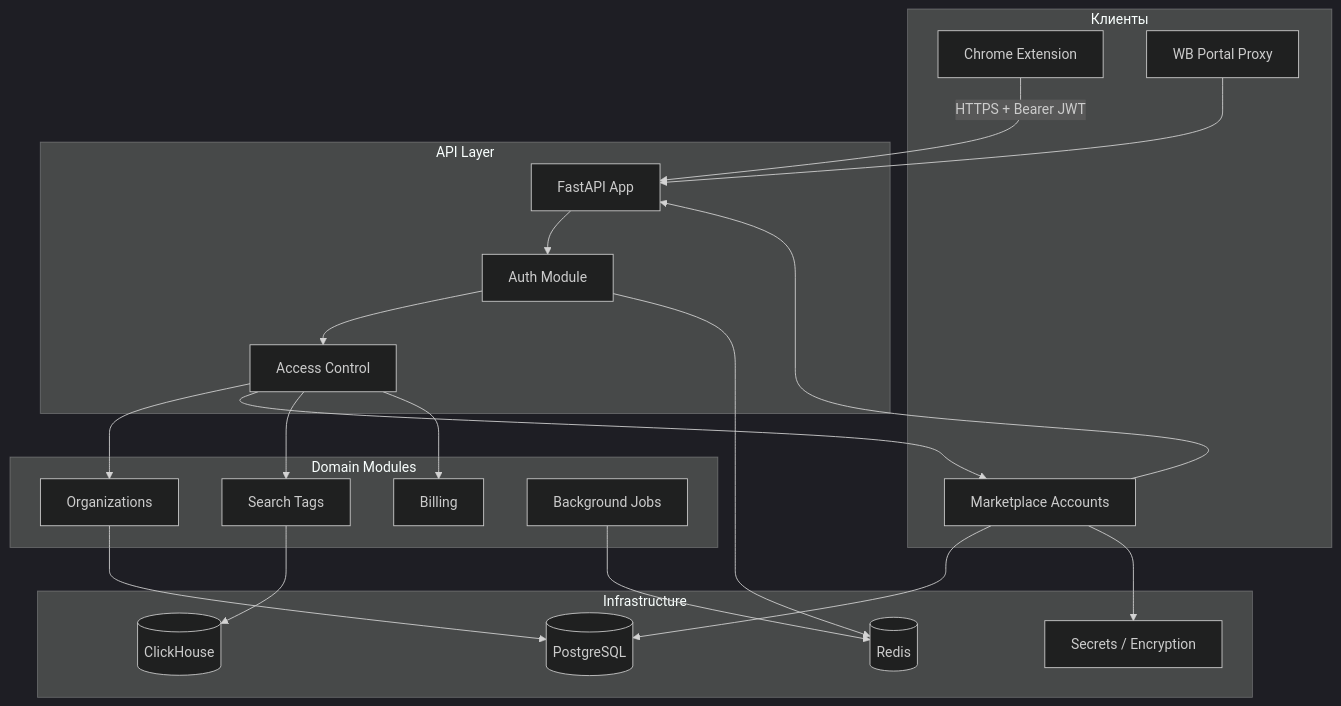
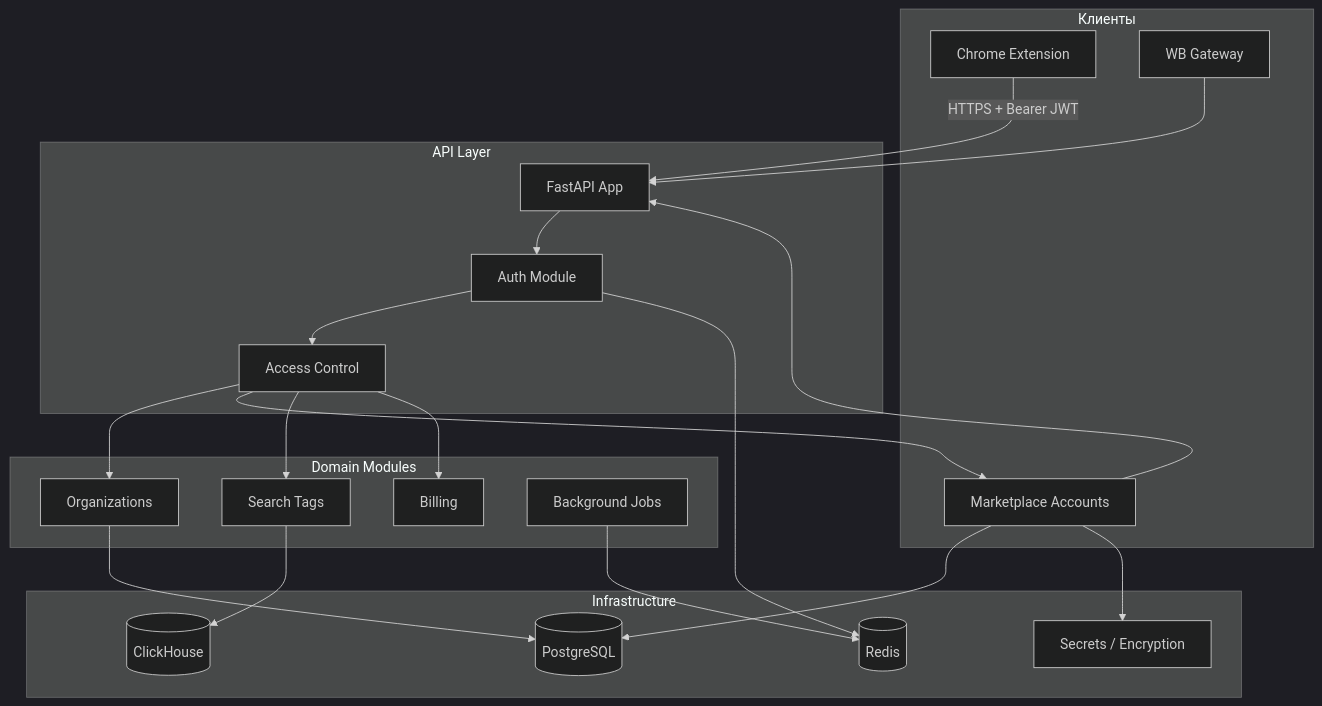
One commit to MarketHackerLabs/docs changed the diagram in architecture/README.md. Above: the diagram before and after it, drawn with Mermaid (dark theme). The commit also changed 11 other files, not shown here.

Commit message:
Обновить документацию по архитектуре и API: заменить упоминания о WB Portal Proxy на WB Gateway, уточнить детали работы с Guided Connect, обновить описание моделей данных и кэширования. Обновить README.md для отражения изменений в архитектуре и функциональности.

````diff
--- a/architecture/README.md
+++ b/architecture/README.md
@@ -27,40 +27,40 @@
 ```mermaid
 flowchart TB
     subgraph client [Клиенты]
         EXT[Chrome Extension]
         MP[Manager Portal]
-        PROXY[WB Portal Proxy]
+        PROXY[WB Gateway]
     end
 
     subgraph api [API Layer]
         GW[FastAPI App]
         AUTH[Auth Module]
         ACL[Access Control]
     end
 
     subgraph domain [Domain Modules]
         ORG[Organizations]
         MP[Marketplace Accounts]
         TAGS[Search Tags]
         BILLING[Billing]
         JOBS[Background Jobs]
     end
 
     subgraph infra [Infrastructure]
         PG[(PostgreSQL)]
         CH[(ClickHouse)]
         REDIS[(Redis)]
         VAULT[Secrets / Encryption]
     end
 
     EXT -->|HTTPS + Bearer JWT| GW
     MP --> GW
     PROXY --> GW
     GW --> AUTH --> ACL
     ACL --> ORG & MP & TAGS & BILLING
     ORG & MP --> PG
     TAGS --> CH
     AUTH --> REDIS
     JOBS --> REDIS
     MP --> VAULT
 ```
````
